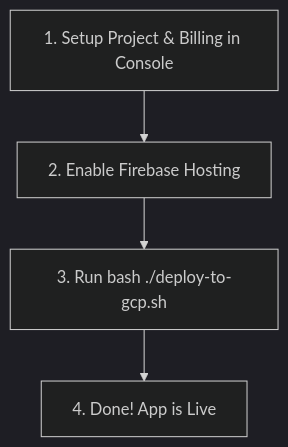
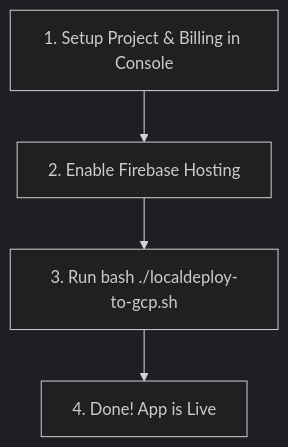
One commit to marclabud/nofoodwaste changed the diagram in docs/GCP-Deployment-Summary.md. Above: the diagram before and after it, drawn with Mermaid (dark theme). The commit also changed other lines of this file and 2 other files, not shown here.

Commit message:
feat: replace legacy deploy script with interactive localdeploy-to-gcp.sh and add dependency checks

````diff
--- a/docs/GCP-Deployment-Summary.md
+++ b/docs/GCP-Deployment-Summary.md
@@ -45,6 +45,6 @@
 ```mermaid
 graph TD
     A[1. Setup Project & Billing in Console] --> B[2. Enable Firebase Hosting]
-    B --> C[3. Run bash ./deploy-to-gcp.sh]
+    B --> C[3. Run bash ./localdeploy-to-gcp.sh]
     C --> D[4. Done! App is Live]
 ```
````
